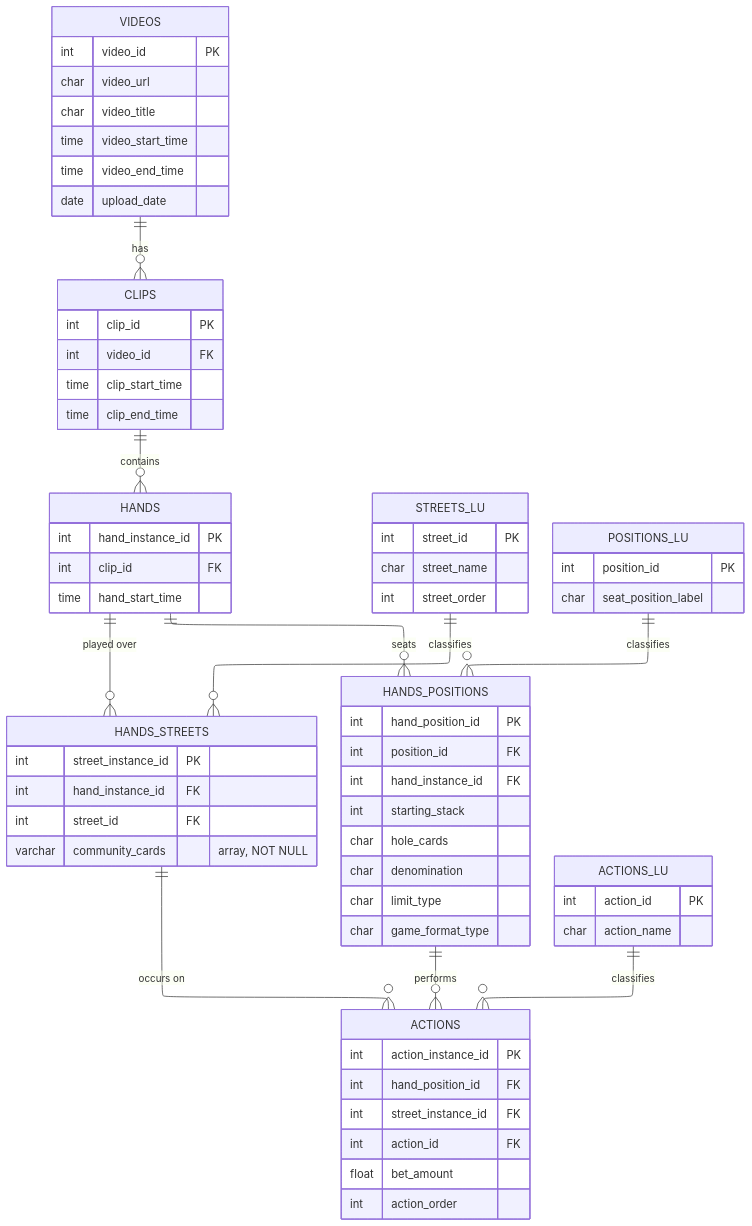
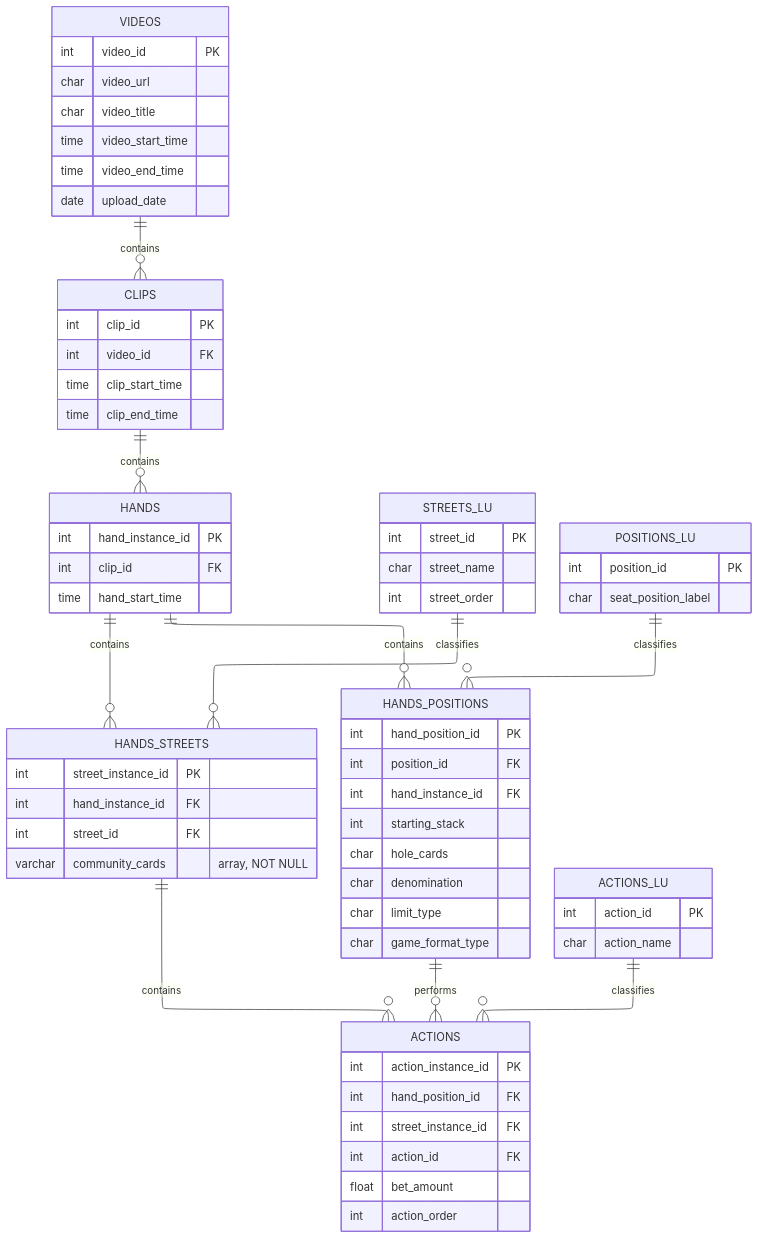
The second of 2 diagrams in README.md (jameelharris/table-talk), drawn with Mermaid before and after one commit.

Commit message:
docs: re-factoring erDiagram verbs in README

````diff
--- a/README.md
+++ b/README.md
@@ -62,70 +62,70 @@
 ```mermaid
 %%{init: {"layout": "elk"}}%%
 erDiagram
-    VIDEOS           ||--o{ CLIPS           : "has"
+    VIDEOS           ||--o{ CLIPS           : "contains"
     CLIPS            ||--o{ HANDS           : "contains"
-    HANDS            ||--o{ HANDS_STREETS   : "played over"
+    HANDS            ||--o{ HANDS_STREETS   : "contains"
     STREETS_LU       ||--o{ HANDS_STREETS   : "classifies"
-    HANDS            ||--o{ HANDS_POSITIONS : "seats"
+    HANDS            ||--o{ HANDS_POSITIONS : "contains"
     POSITIONS_LU     ||--o{ HANDS_POSITIONS : "classifies"
-    HANDS_STREETS    ||--o{ ACTIONS         : "occurs on"
+    HANDS_STREETS    ||--o{ ACTIONS         : "contains"
     HANDS_POSITIONS  ||--o{ ACTIONS         : "performs"
     ACTIONS_LU       ||--o{ ACTIONS         : "classifies"
 
     VIDEOS {
         int  video_id          PK
         char video_url
         char video_title
         time video_start_time
         time video_end_time
         date upload_date
     }
     CLIPS {
         int  clip_id           PK
         int  video_id          FK
         time clip_start_time
         time clip_end_time
     }
     HANDS {
         int  hand_instance_id  PK
         int  clip_id           FK
         time hand_start_time
     }
     HANDS_STREETS {
         int     street_instance_id  PK
         int     hand_instance_id     FK
         int     street_id            FK
         varchar community_cards "array, NOT NULL"
     }
     STREETS_LU {
         int  street_id         PK
         char street_name
         int  street_order
     }
     HANDS_POSITIONS {
         int  hand_position_id  PK
         int  position_id       FK
         int  hand_instance_id  FK
         int  starting_stack
         char hole_cards
         char denomination
         char limit_type
         char game_format_type
     }
     POSITIONS_LU {
         int  position_id           PK
         char seat_position_label
     }
     ACTIONS {
         int   action_instance_id  PK
         int   hand_position_id     FK
         int   street_instance_id   FK
         int   action_id            FK
         float bet_amount
         int   action_order
     }
     ACTIONS_LU {
         int  action_id     PK
         char action_name
     }
 ```
````
